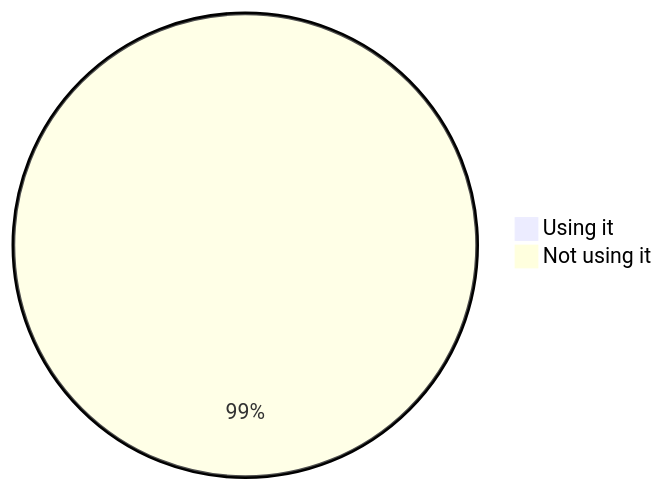
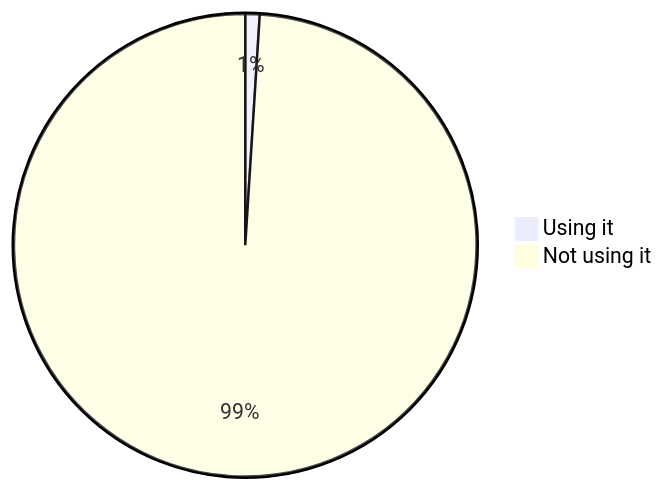
One commit to oshp/oshp-stats changed the tenth of 22 diagrams in stats.md. Above: the diagram before and after it, drawn with Mermaid. The commit also changed other lines of this file, not shown here.

````diff
--- a/stats.md
+++ b/stats.md
@@ -118,6 +118,6 @@
 ```mermaid
 pie
-	"Using it" : 0.92
-	"Not using it" : 99.08
+	"Using it" : 1.0
+	"Not using it" : 99.0
 
 ```
````
